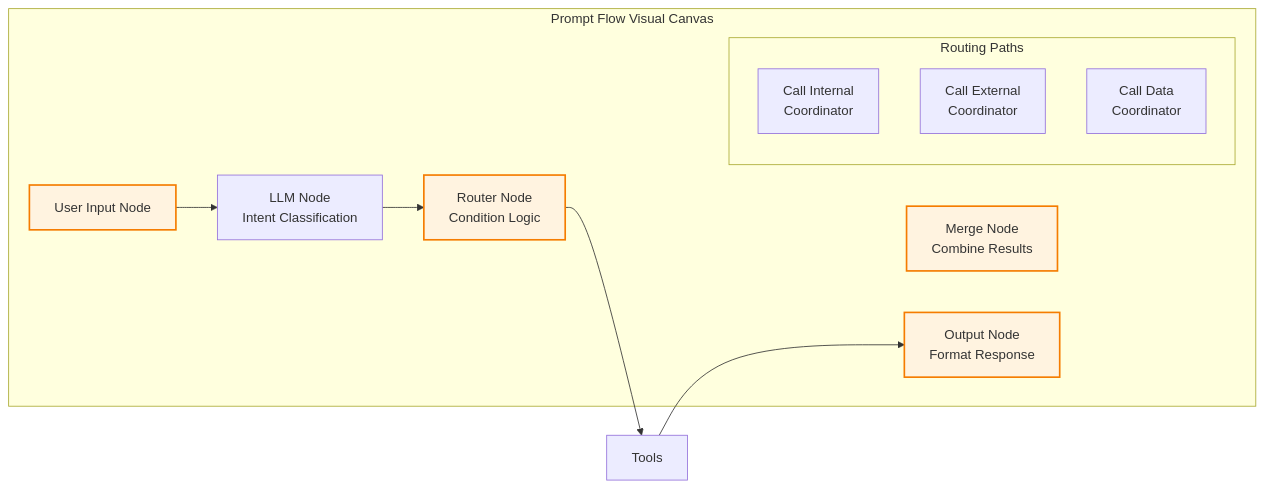
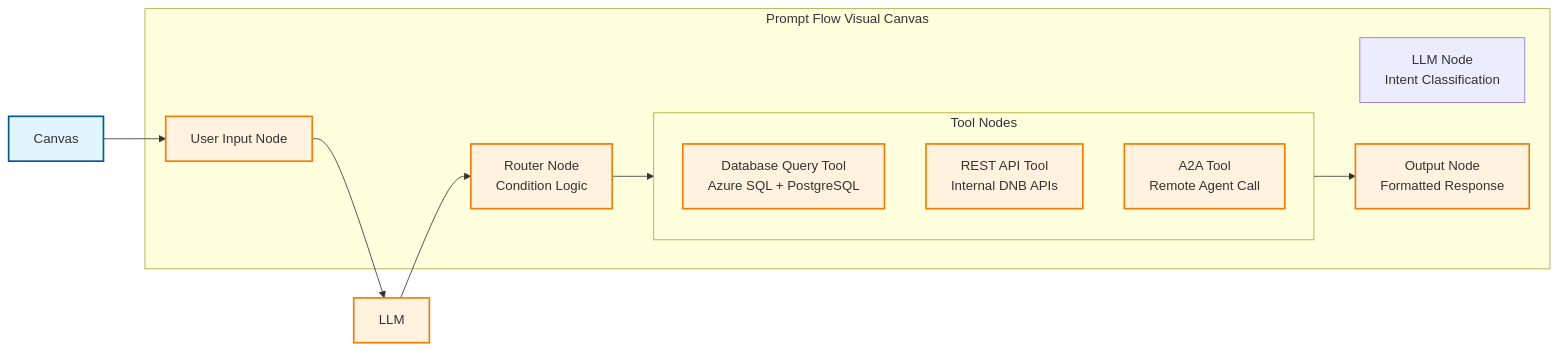
Before and after one commit to Px8Studio/adk-python: the tenth of 14 diagrams in backend/etl/docs/ARCHITECTURE_DNB_FUTURE.md, drawn with Mermaid. The commit also changed other lines of this file and 1 other file, not shown here.

Commit message:
feat: enhance DNB Agentic AI management brief with detailed definitions, governance shifts, and expanded use cases for improved clarity and alignment with Microsoft-first strategy

````diff
--- a/backend/etl/docs/ARCHITECTURE_DNB_FUTURE.md
+++ b/backend/etl/docs/ARCHITECTURE_DNB_FUTURE.md
@@ -832,28 +834,28 @@
 ```mermaid
 graph LR
     subgraph Prompt_Flow_Canvas["Prompt Flow Visual Canvas"]
         Input["User Input Node"]
         Intent["LLM Node<br/>Intent Classification"]
         Router["Router Node<br/>Condition Logic"]
         
-        subgraph Routes["Routing Paths"]
-            Internal["Call Internal<br/>Coordinator"]
-            External["Call External<br/>Coordinator"]
-            Data["Call Data<br/>Coordinator"]
+        subgraph Tools["Tool Nodes"]
+            DB_Tool["Database Query Tool<br/>Azure SQL + PostgreSQL"]
+            API_Tool["REST API Tool<br/>Internal DNB APIs"]
+            A2A_Tool["A2A Tool<br/>Remote Agent Call"]
         end
         
-        Merge["Merge Node<br/>Combine Results"]
-        Output["Output Node<br/>Format Response"]
+        Output["Output Node<br/>Formatted Response"]
     end
-    
-    Input --> Intent
-    Intent --> Router
+
+    Canvas --> Input
+    Input --> LLM
+    LLM --> Router
     Router --> Tools
     Tools --> Output
 
     classDef foundry fill:#e1f5fe,stroke:#01579b,stroke-width:2px
     classDef flow fill:#fff3e0,stroke:#f57c00,stroke-width:2px
     
     class Canvas,Nodes foundry
-    class Input,LLM,Router,Merge,Output flow
+    class Input,LLM,Router,DB_Tool,API_Tool,A2A_Tool,Output flow
 ```
````
